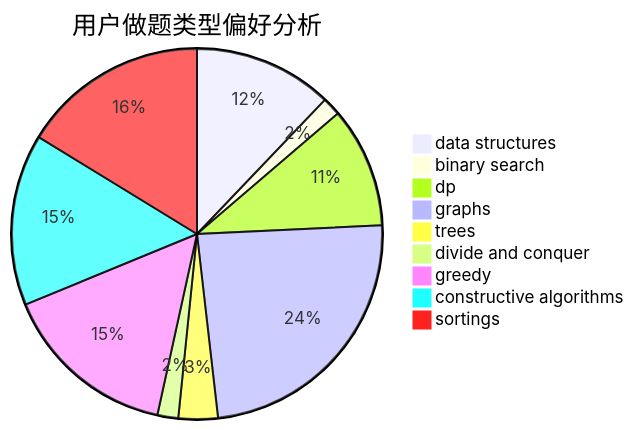
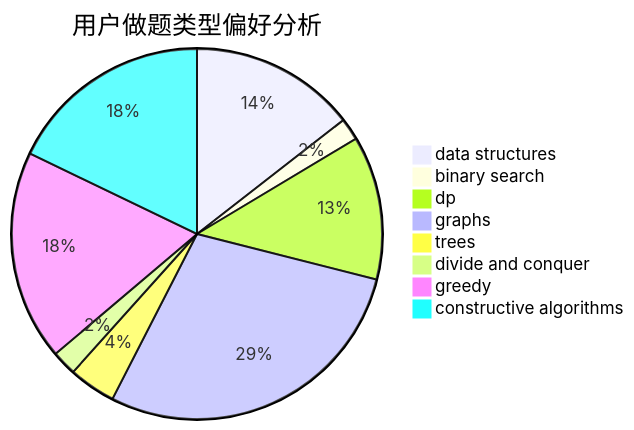
The second of 3 diagrams in docs/user/u378.md (sherpahu/cfrs.github.io), drawn with Mermaid before and after one commit. The commit also changed other lines of this file and 2769 other files, not shown here.

````diff
--- a/docs/user/u378.md
+++ b/docs/user/u378.md
@@ -18,12 +18,11 @@
 ```mermaid
 pie title 用户做题类型偏好分析
     "data structures" :  120
     "binary search" :  16
     "dp" :  104
     "graphs" :  237
     "trees" :  34
     "divide and conquer" :  18
     "greedy" :  152
     "constructive algorithms" :  148
-    "sortings" :  161
 ```
````
